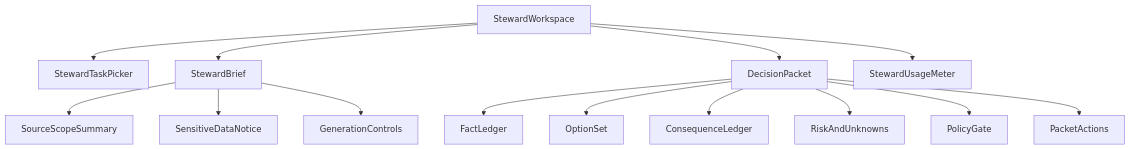
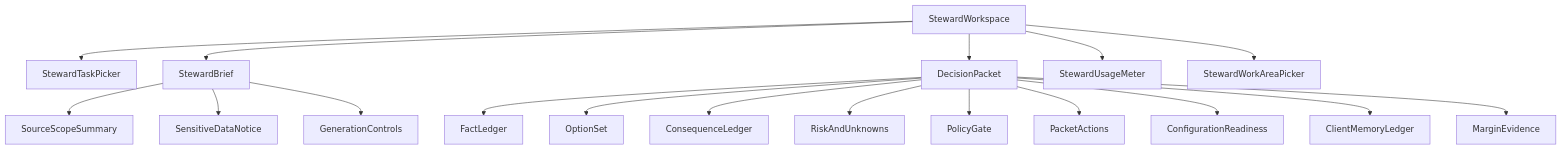
Before and after one commit to TOTALLYMAJOR/QuotePilot: the second of 2 diagrams in docs/STEWARD_UI_SPEC.md, drawn with Mermaid. The commit also changed other lines of this file and 100 other files, not shown here.

````diff
--- a/docs/STEWARD_UI_SPEC.md
+++ b/docs/STEWARD_UI_SPEC.md
@@ -53,16 +57,20 @@
 ```mermaid
 flowchart TD
   A[StewardWorkspace] --> B[StewardTaskPicker]
   A --> C[StewardBrief]
   A --> D[DecisionPacket]
   A --> E[StewardUsageMeter]
+  A --> O[StewardWorkAreaPicker]
   D --> F[FactLedger]
   D --> G[OptionSet]
   D --> H[ConsequenceLedger]
   D --> I[RiskAndUnknowns]
   D --> J[PolicyGate]
   D --> K[PacketActions]
   C --> L[SourceScopeSummary]
   C --> M[SensitiveDataNotice]
   C --> N[GenerationControls]
+  D --> P[ConfigurationReadiness]
+  D --> Q[ClientMemoryLedger]
+  D --> R[MarginEvidence]
 ```
````
